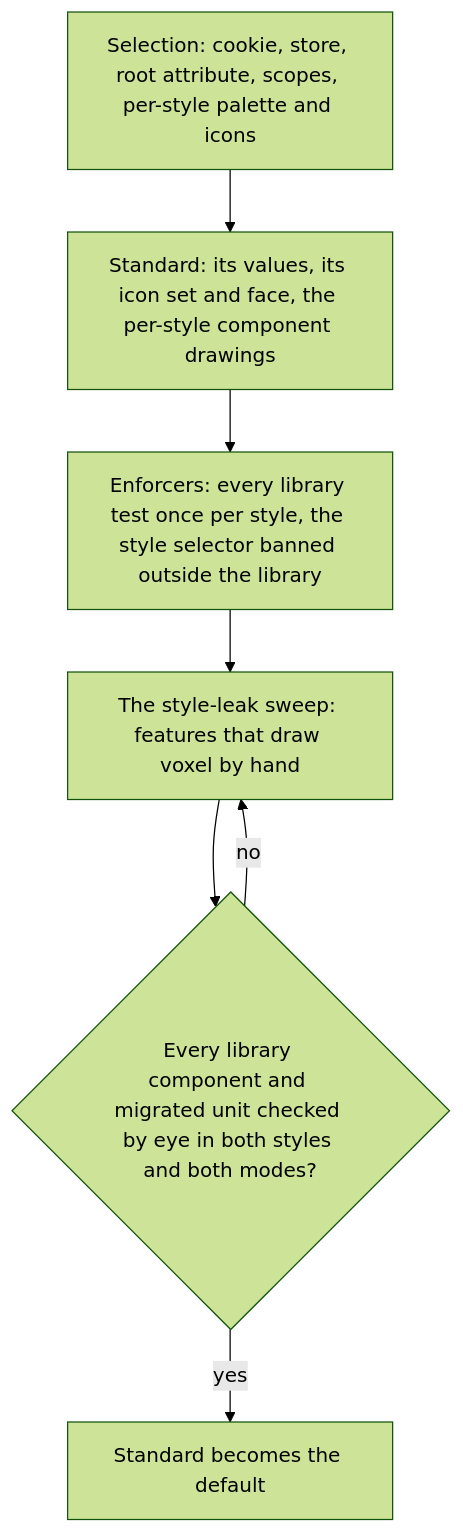
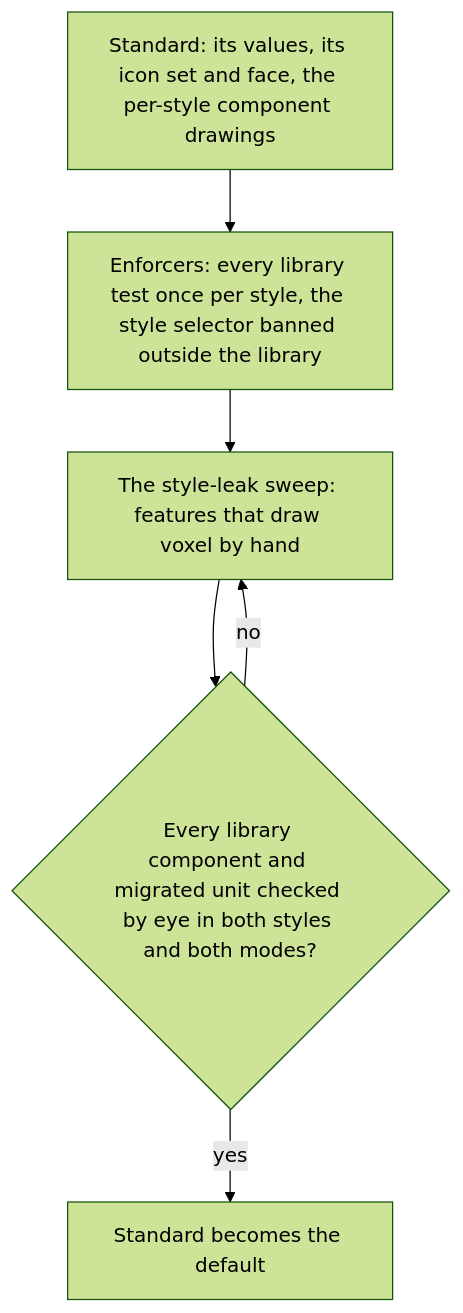
One commit to Esposter/Esposter changed the diagram in apps/web/content/docs/proposals/refactors/ui-library/design-styles.md. Above: the diagram before and after it, drawn with Mermaid (forest theme). The commit also changed other lines of this file and 24 other files, not shown here.

````diff
--- a/apps/web/content/docs/proposals/refactors/ui-library/design-styles.md
+++ b/apps/web/content/docs/proposals/refactors/ui-library/design-styles.md
@@ -79,9 +60,9 @@
 ```mermaid
 flowchart TD
-  B[Selection: cookie, store, root attribute, scopes, per-style palette and icons] --> C[Standard: its values, its icon set and face, the per-style component drawings]
+  C[Standard: its values, its icon set and face, the per-style component drawings]
   C --> N[Enforcers: every library test once per style, the style selector banned outside the library]
   N --> L[The style-leak sweep: features that draw voxel by hand]
   L --> D{Every library component and migrated unit checked by eye in both styles and both modes?}
   D -->|no| L
   D -->|yes| E[Standard becomes the default]
 ```
````
